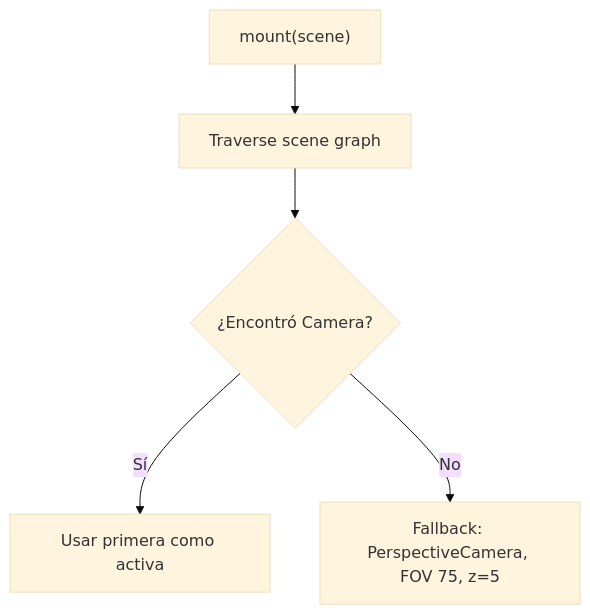
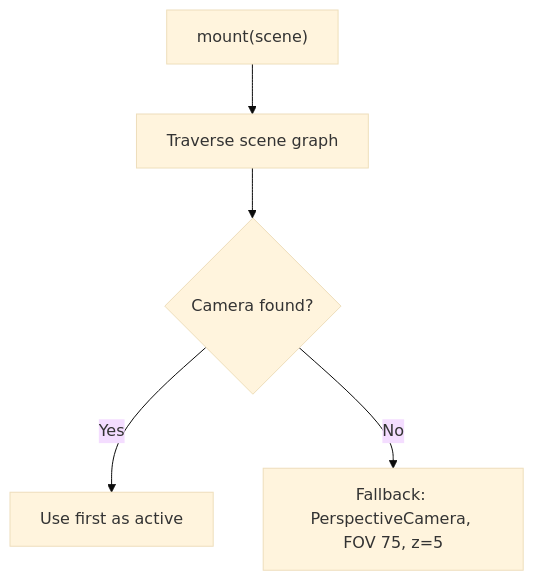
The third of 4 diagrams in docs/renderers.md (joshuacba08/oroya-animate), drawn with Mermaid (base theme) before and after one commit. The commit also changed other lines of this file and 14 other files, not shown here.

````diff
--- a/docs/renderers.md
+++ b/docs/renderers.md
@@ -112,7 +112,7 @@
 ```mermaid
 flowchart TD
     START["mount(scene)"] --> TRAVERSE["Traverse scene graph"]
-    TRAVERSE --> FOUND{"¿Encontró Camera?"}
-    FOUND -->|"Sí"| USE["Usar primera como activa"]
+    TRAVERSE --> FOUND{"Camera found?"}
+    FOUND -->|"Yes"| USE["Use first as active"]
     FOUND -->|"No"| FALLBACK["Fallback: PerspectiveCamera, FOV 75, z=5"]
 ```
````
